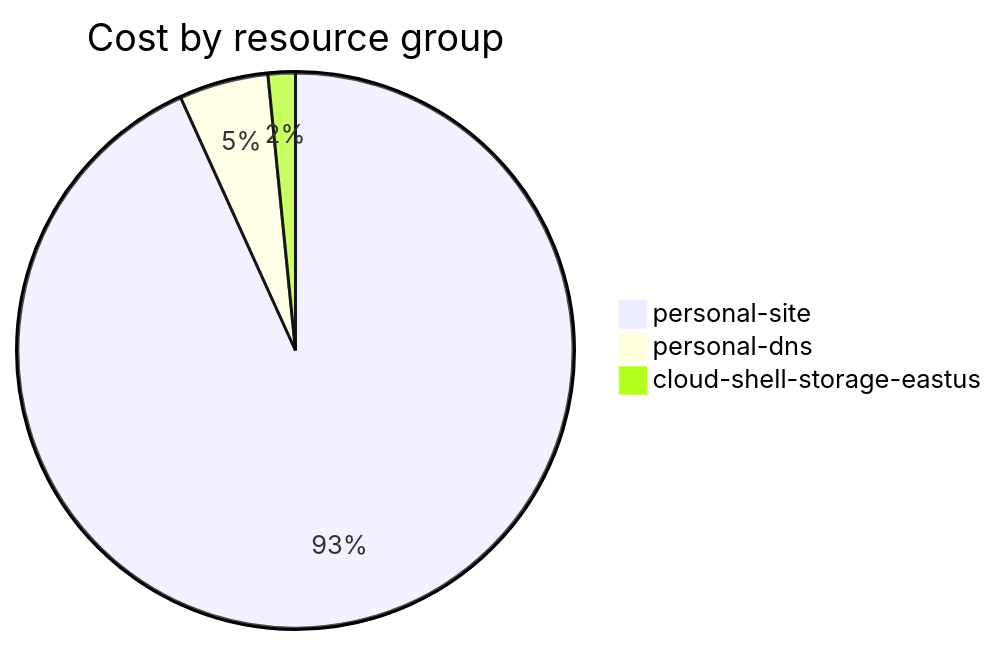
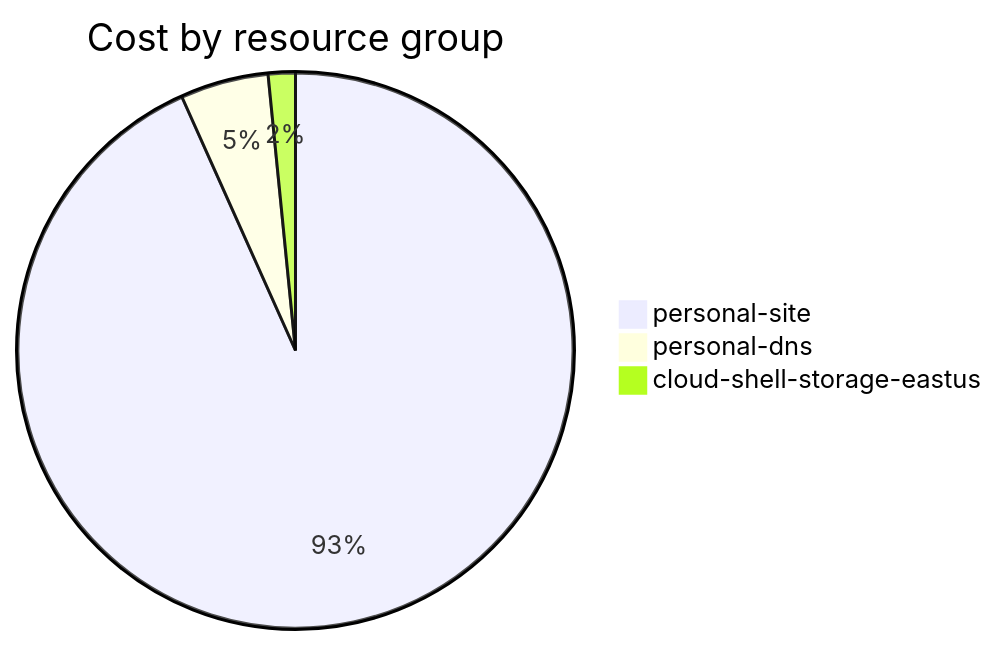
One commit to jpfulton/azure-personal-reports changed the fourth of 4 diagrams in cost-reports/accumulated-cost.md. Above: the diagram before and after it, drawn with Mermaid. The commit also changed other lines of this file and 4 other files, not shown here.

````diff
--- a/cost-reports/accumulated-cost.md
+++ b/cost-reports/accumulated-cost.md
@@ -143,7 +143,7 @@
 ```mermaid
 pie
    title Cost by resource group
-   "personal-site" : 6.46
-   "personal-dns" : 0.36
-   "cloud-shell-storage-eastus" : 0.11
+   "personal-site" : 7.10
+   "personal-dns" : 0.39
+   "cloud-shell-storage-eastus" : 0.12
 ```
````
